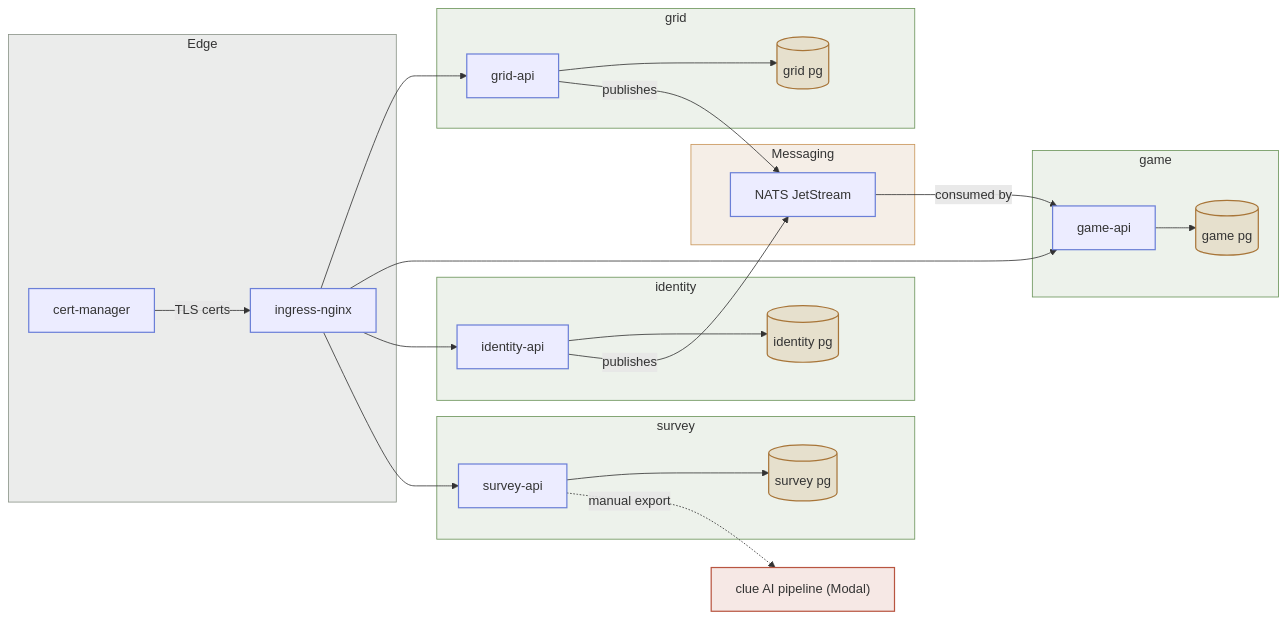
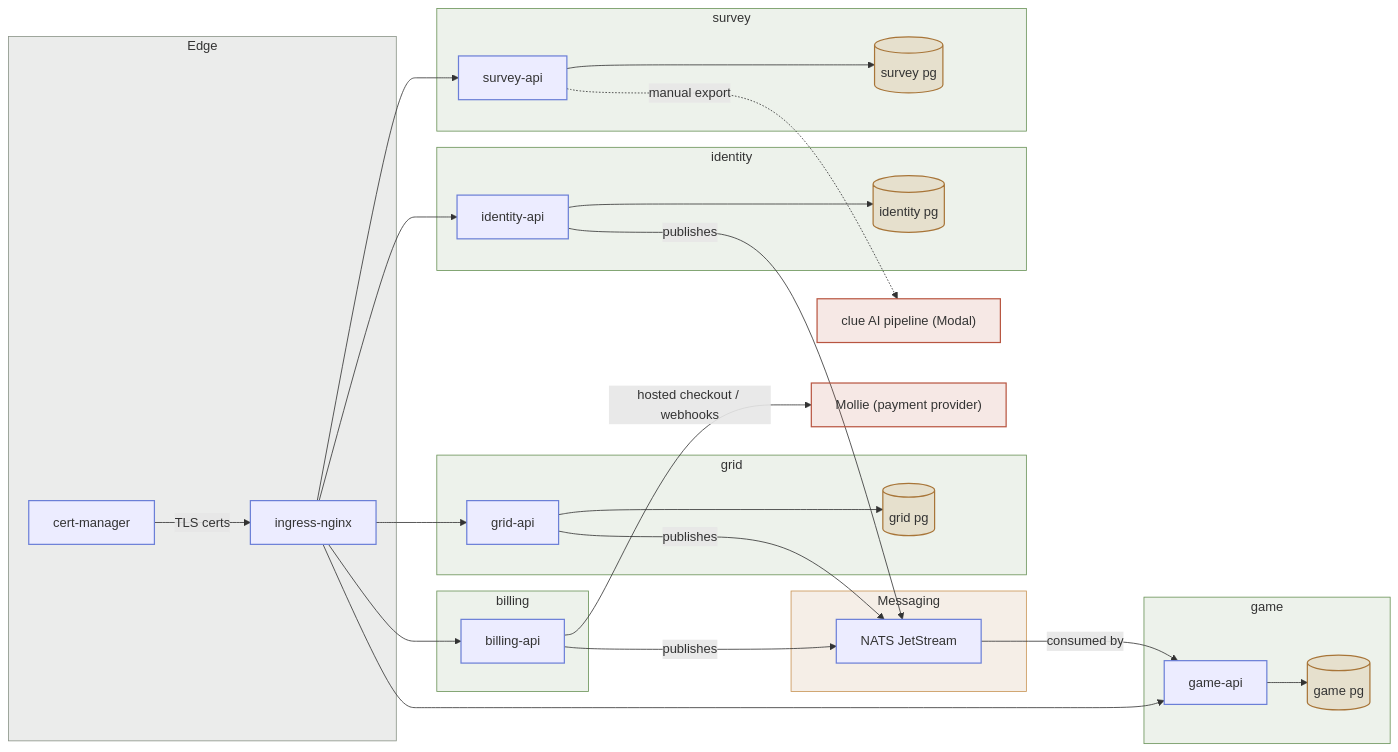
Before and after one commit to Ishou/wordsparrow: the first of 5 diagrams in README.md, drawn with Mermaid. The commit also changed other lines of this file and 13 other files, not shown here.

First line of the commit message:
chore(infra): add billing-api helm chart, build/lint matrices, mollie topology

````diff
--- a/README.md
+++ b/README.md
@@ -60,51 +63,59 @@
 ```mermaid
 flowchart LR
   subgraph Edge
     ingress["ingress-nginx"]
     certmanager["cert-manager"]
   end
   subgraph Messaging
     nats["NATS JetStream"]
   end
   subgraph ctx_grid["grid"]
     grid["grid-api"]
     gridDB[("grid pg")]
     grid --> gridDB
   end
   subgraph ctx_game["game"]
     game["game-api"]
     gameDB[("game pg")]
     game --> gameDB
   end
   subgraph ctx_identity["identity"]
     identity["identity-api"]
     identityDB[("identity pg")]
     identity --> identityDB
   end
   subgraph ctx_survey["survey"]
     survey["survey-api"]
     surveyDB[("survey pg")]
     survey --> surveyDB
   end
+  subgraph ctx_billing["billing"]
+    billing["billing-api"]
+  end
   cluepipeline["clue AI pipeline (Modal)"]
+  mollie["Mollie (payment provider)"]
   certmanager -->|TLS certs| ingress
   ingress --> grid
   ingress --> game
   ingress --> identity
   ingress --> survey
+  ingress --> billing
   grid -->|publishes| nats
   identity -->|publishes| nats
+  billing -->|publishes| nats
   nats -->|consumed by| game
   survey -. manual export .-> cluepipeline
+  billing -->|hosted checkout / webhooks| mollie
   classDef data fill:#c8945633,stroke:#a87538;
   classDef external fill:#b8554022,stroke:#b85540;
   class gridDB,gameDB,identityDB,surveyDB data;
-  class cluepipeline external;
+  class cluepipeline,mollie external;
   style Edge fill:#5a655a1f,stroke:#8b9488;
   style Messaging fill:#a875381f,stroke:#c89456;
   style ctx_grid fill:#6a93581f,stroke:#6a9358;
   style ctx_game fill:#6a93581f,stroke:#6a9358;
   style ctx_identity fill:#6a93581f,stroke:#6a9358;
   style ctx_survey fill:#6a93581f,stroke:#6a9358;
+  style ctx_billing fill:#6a93581f,stroke:#6a9358;
   classDef default stroke:#6b7fd7,stroke-width:1.5px;
 ```
````
